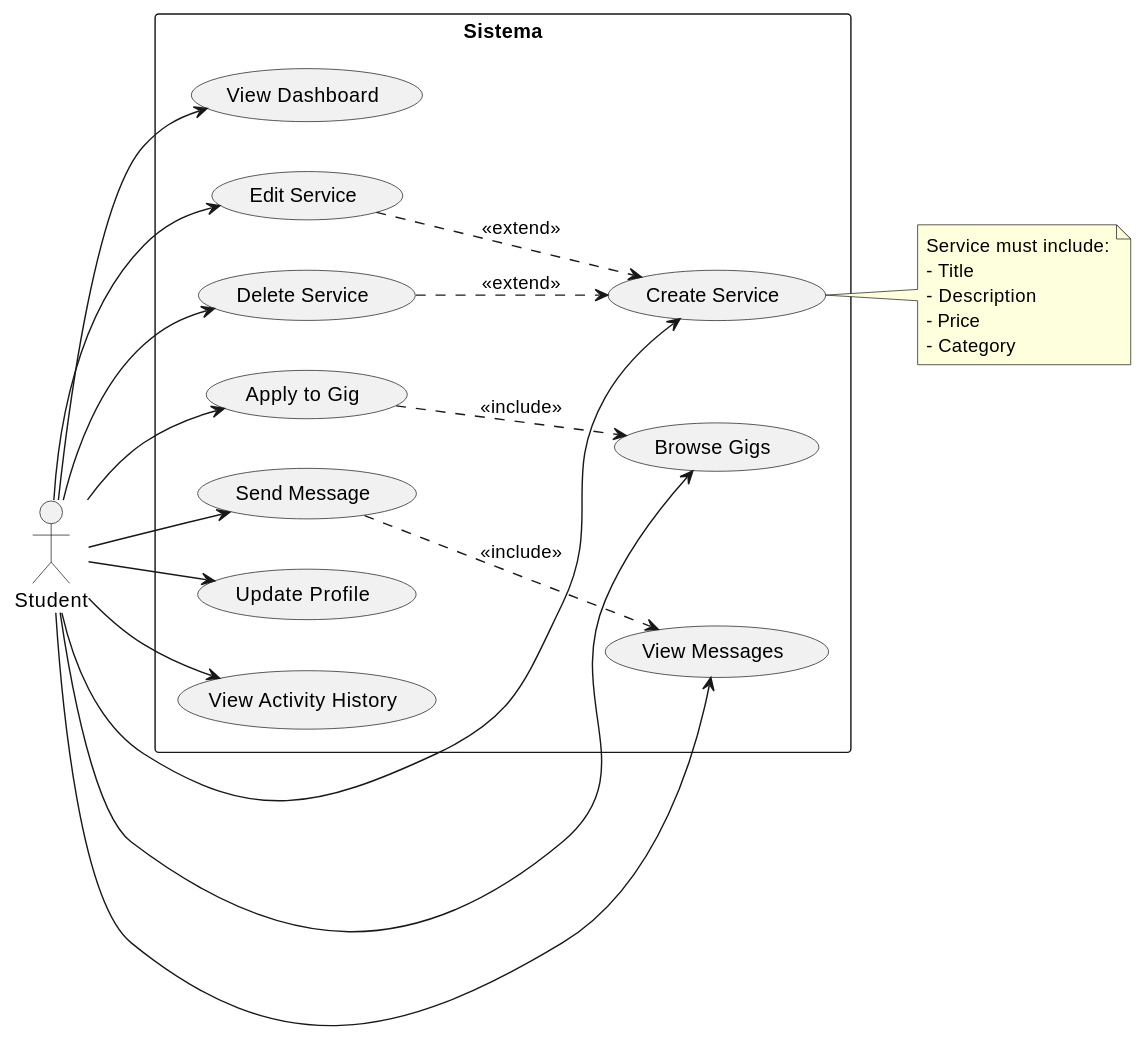
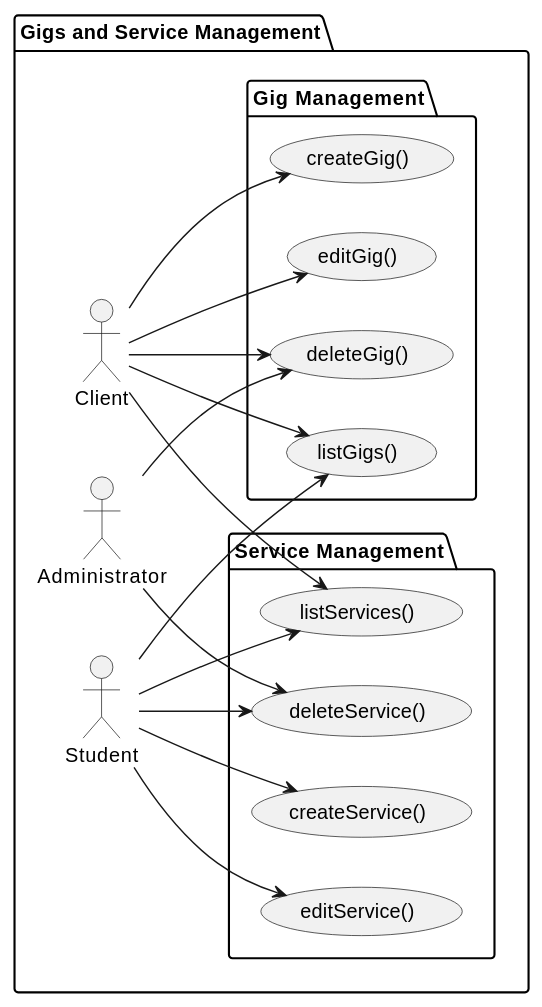
One commit to brandonP2/UniGig-TFG changed the second of 19 diagrams in README.md. Above: the diagram before and after it, drawn with PlantUML. The commit also changed other lines of this file and 40 other files, not shown here.

```diff
--- a/README.md
+++ b/README.md
@@ -77,43 +60,43 @@
 @startuml
+package "Gigs and Service Management"{
 left to right direction
 
-actor Student
+' Actors
+actor "Student" as student
+actor "Client" as client
+actor "Administrator" as admin
 
-rectangle Sistema {
-  (View Dashboard) as dashboard
-  (Create Service) as createService
-  (Edit Service) as editService
-  (Delete Service) as deleteService
-  (Browse Gigs) as browseGigs
-  (Apply to Gig) as applyGig
-  (View Messages) as viewMessages
-  (Send Message) as sendMessage
-  (Update Profile) as updateProfile
-  (View Activity History) as viewHistory
+package "Service Management" {
+    usecase createService as "createService()"
+    usecase listServices as "listServices()"
+    usecase editService as "editService()"
+    usecase deleteService as "deleteService()"
 }
 
-Student --> dashboard
-Student --> createService
-Student --> editService
-Student --> deleteService
-Student --> browseGigs
-Student --> applyGig
-Student --> viewMessages
-Student --> sendMessage
-Student --> updateProfile
-Student --> viewHistory
+package "Gig Management" {
+    usecase createGig as "createGig()"
+    usecase listGigs as "listGigs()"
+    usecase editGig as "editGig()"
+    usecase deleteGig as "deleteGig()"
+}
 
-editService ..> createService : <<extend>>
-deleteService ..> createService : <<extend>>
-applyGig ..> browseGigs : <<include>>
-sendMessage ..> viewMessages : <<include>>
+' Student connections
+student --> (createService)
+student --> (listServices)
+student --> (editService)
+student --> (listGigs)
+student --> (deleteService)
 
-note right of createService
-  Service must include:
-  - Title
-  - Description
-  - Price
-  - Category
-end note
 
+' Client connections
+client --> (createGig)
+client --> (listGigs)
+client --> (editGig)
+client --> (listServices)
+client --> (deleteGig)
+
+' Admin connections
+admin --> (deleteService)
+admin --> (deleteGig)
+}
 @enduml
```
